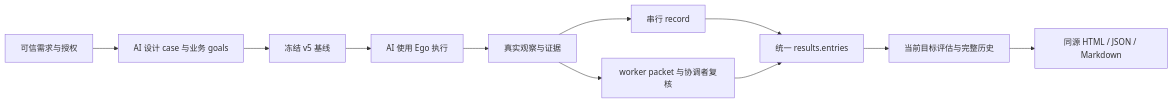
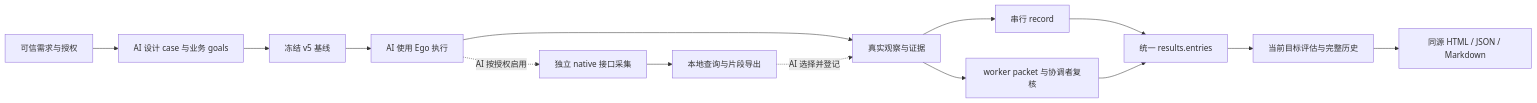
The diagram in docs/architecture.md (99Like-wjj/ai-autonomous-testing-ego-lite), drawn with Mermaid before and after one commit. The commit also changed other lines of this file and 20 other files, not shown here.

````diff
--- a/docs/architecture.md
+++ b/docs/architecture.md
@@ -7,13 +7,16 @@
 ```mermaid
 flowchart LR
   R[可信需求与授权] --> C[AI 设计 case 与业务 goals]
   C --> B[冻结 v5 基线]
   B --> A[AI 使用 Ego 执行]
   A --> O[真实观察与证据]
+  A -. AI 按授权启用 .-> N[独立 native 接口采集]
+  N --> Q[本地查询与片段导出]
+  Q -. AI 选择并登记 .-> O
   O --> S[串行 record]
   O --> P[worker packet 与协调者复核]
   S --> E[统一 results.entries]
   P --> E
   E --> V[当前目标评估与完整历史]
   V --> H[同源 HTML / JSON / Markdown]
 ```
````
